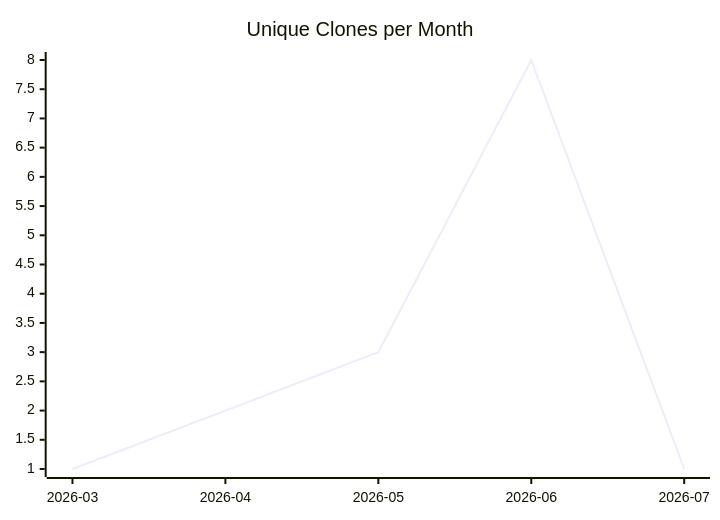
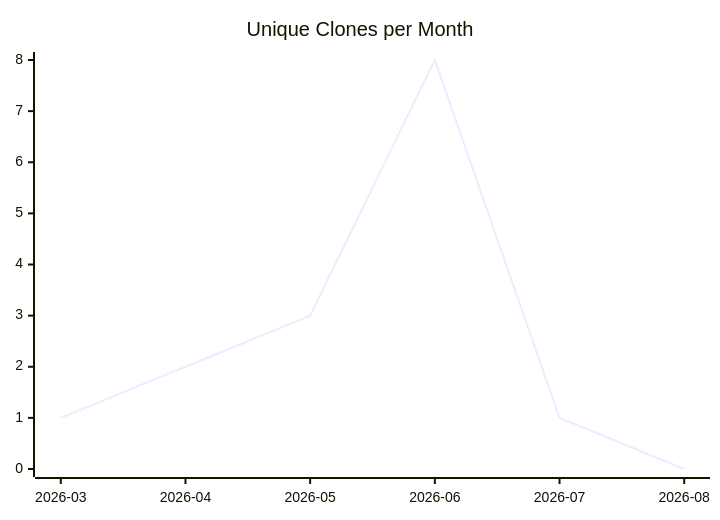
The third of 3 diagrams in karlmdavis/datanucleus-test-jdo-1-to-n/README.md (justdavis-family/github-analytics-data), drawn with Mermaid before and after one commit. The commit also changed other lines of this file and 180 other files, not shown here.

````diff
--- a/karlmdavis/datanucleus-test-jdo-1-to-n/README.md
+++ b/karlmdavis/datanucleus-test-jdo-1-to-n/README.md
@@ -19,6 +19,6 @@
 ```mermaid
 xychart-beta
   title "Unique Clones per Month"
-  x-axis ["2026-03", "2026-04", "2026-05", "2026-06", "2026-07"]
-  line [1, 2, 3, 8, 1]
+  x-axis ["2026-03", "2026-04", "2026-05", "2026-06", "2026-07", "2026-08"]
+  line [1, 2, 3, 8, 1, 0]
 ```
````
